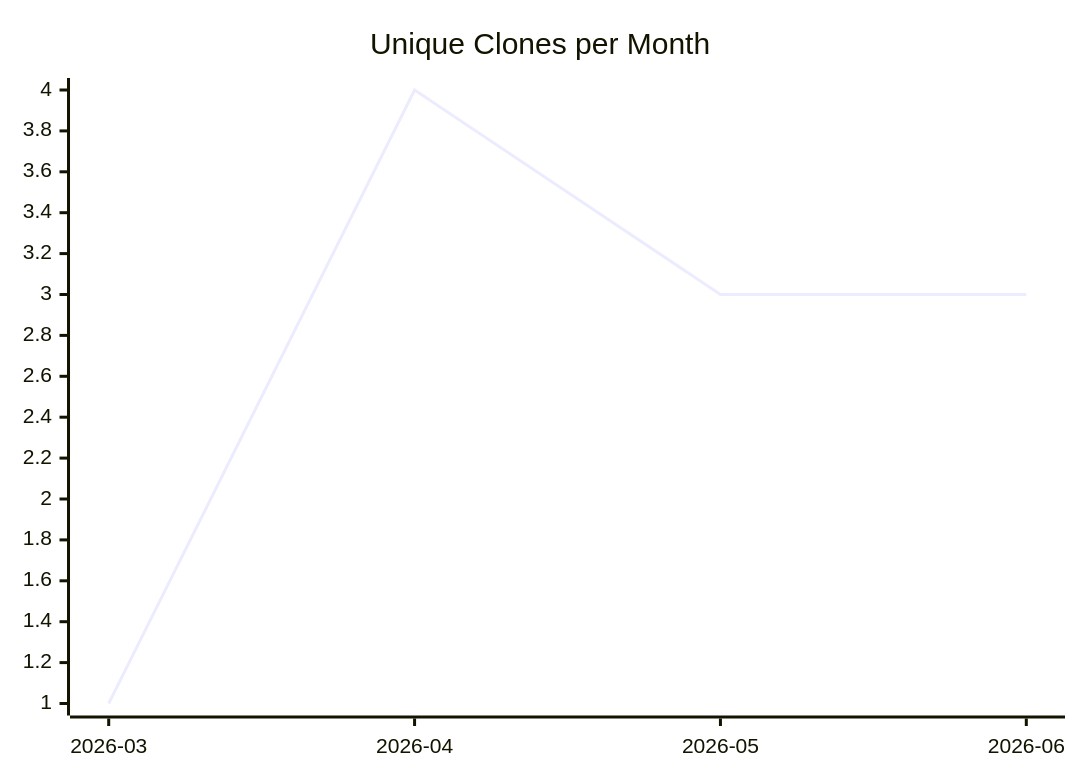
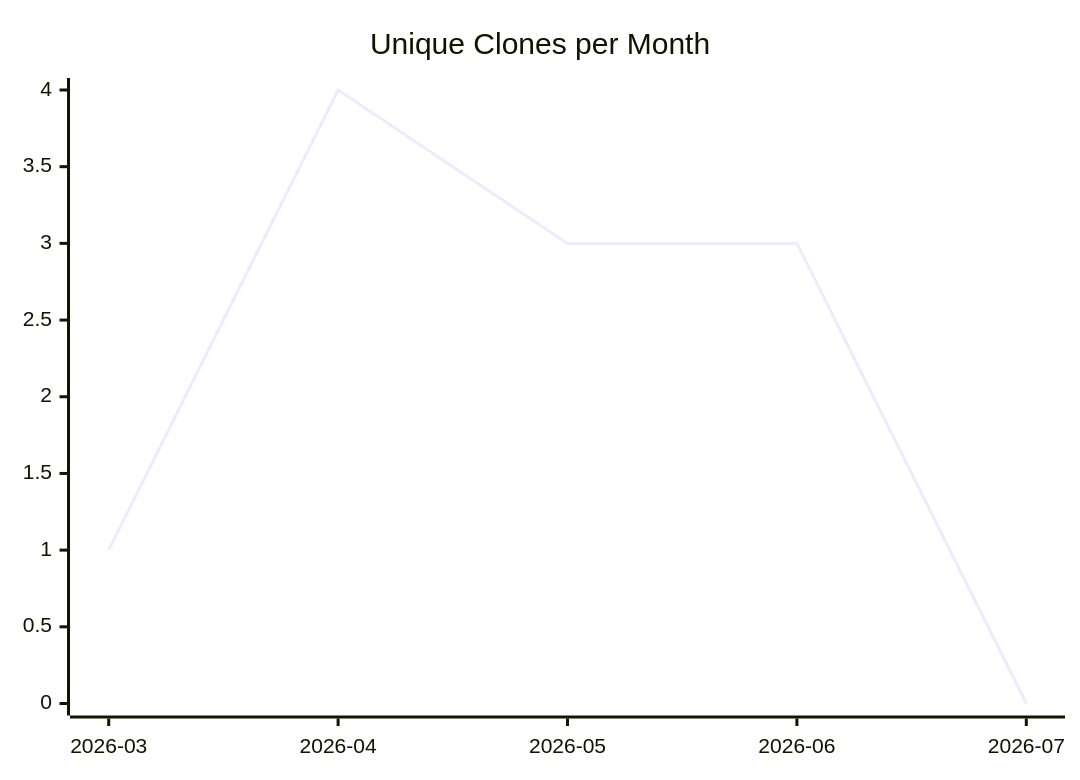
Before and after one commit to justdavis-family/github-analytics-data: the third of 3 diagrams in karlmdavis/FHIR-Server/README.md, drawn with Mermaid. The commit also changed other lines of this file and 199 other files, not shown here.

````diff
--- a/karlmdavis/FHIR-Server/README.md
+++ b/karlmdavis/FHIR-Server/README.md
@@ -19,6 +19,6 @@
 ```mermaid
 xychart-beta
   title "Unique Clones per Month"
-  x-axis ["2026-03", "2026-04", "2026-05", "2026-06"]
-  line [1, 4, 3, 3]
+  x-axis ["2026-03", "2026-04", "2026-05", "2026-06", "2026-07"]
+  line [1, 4, 3, 3, 0]
 ```
````
